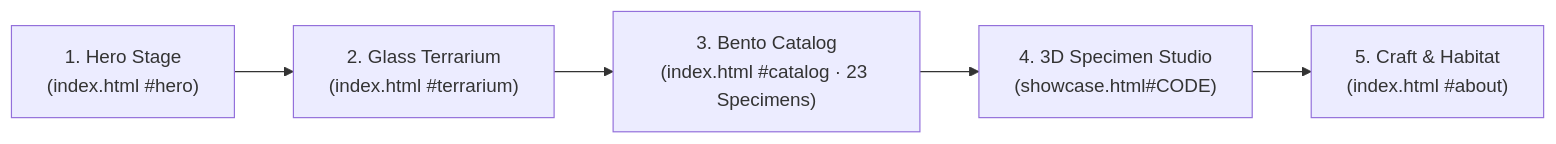
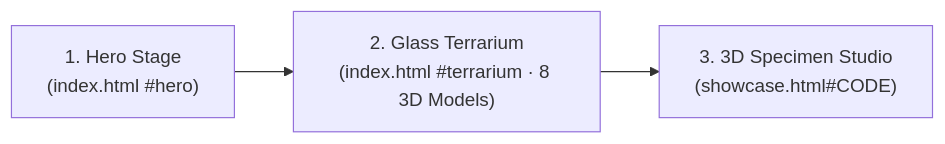
One commit to kspsbarry-ctrl/skelio changed the diagram in SITE_ARCHITECTURE.md. Above: the diagram before and after it, drawn with Mermaid. The commit also changed other lines of this file and 27 other files, not shown here.

````diff
--- a/SITE_ARCHITECTURE.md
+++ b/SITE_ARCHITECTURE.md
@@ -13,7 +13,5 @@
 ```mermaid
 flowchart LR
-  A["1. Hero Stage\n(index.html #hero)"] --> B["2. Glass Terrarium\n(index.html #terrarium)"]
-  B --> C["3. Bento Catalog\n(index.html #catalog · 23 Specimens)"]
-  C --> D["4. 3D Specimen Studio\n(showcase.html#CODE)"]
-  D --> E["5. Craft & Habitat\n(index.html #about)"]
+  A["1. Hero Stage\n(index.html #hero)"] --> B["2. Glass Terrarium\n(index.html #terrarium · 8 3D Models)"]
+  B --> C["3. 3D Specimen Studio\n(showcase.html#CODE)"]
 ```
````
